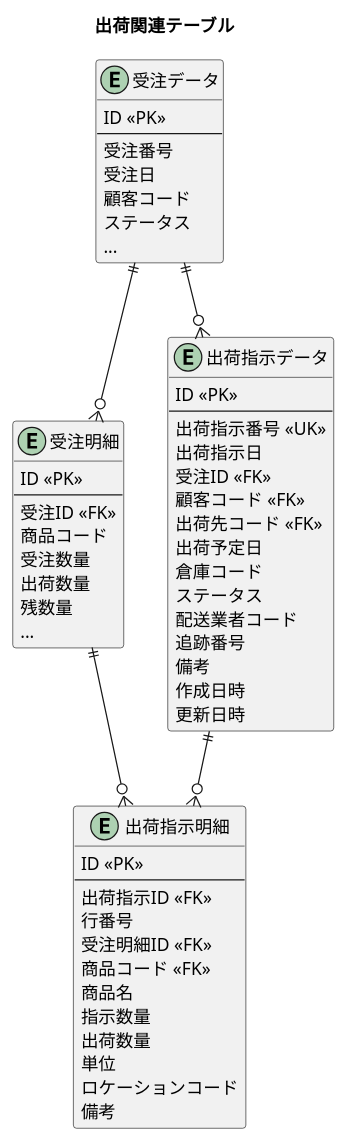
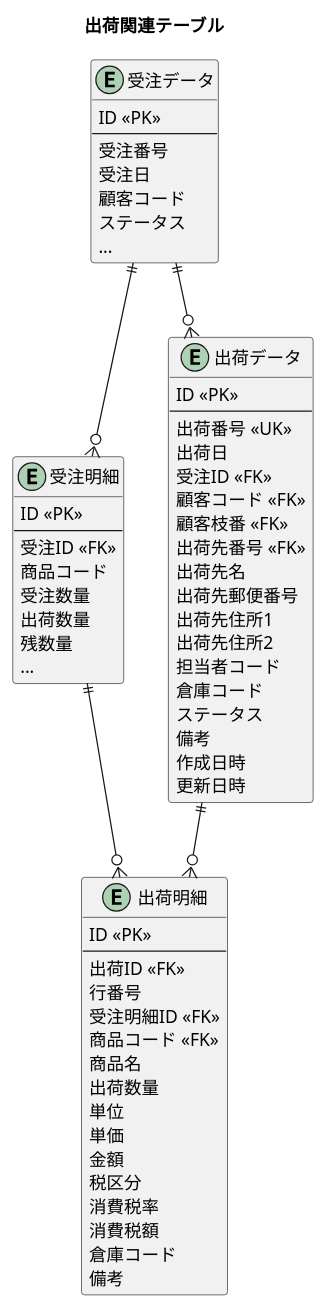
One commit to k2works/practical-database-design changed the sixth of 12 diagrams in docs/article/part2/chapter06.md. Above: the diagram before and after it, drawn with PlantUML. The commit also changed other lines of this file, not shown here.

````diff
--- a/docs/article/part2/chapter06.md
+++ b/docs/article/part2/chapter06.md
@@ -980,66 +993,73 @@
 ```plantuml
 @startuml
 
 title 出荷関連テーブル
 
 entity 受注データ {
   ID <<PK>>
   --
   受注番号
   受注日
   顧客コード
   ステータス
   ...
 }
 
 entity 受注明細 {
   ID <<PK>>
   --
   受注ID <<FK>>
   商品コード
   受注数量
   出荷数量
   残数量
   ...
 }
 
-entity 出荷指示データ {
+entity 出荷データ {
   ID <<PK>>
   --
-  出荷指示番号 <<UK>>
-  出荷指示日
+  出荷番号 <<UK>>
+  出荷日
   受注ID <<FK>>
   顧客コード <<FK>>
-  出荷先コード <<FK>>
-  出荷予定日
+  顧客枝番 <<FK>>
+  出荷先番号 <<FK>>
+  出荷先名
+  出荷先郵便番号
+  出荷先住所1
+  出荷先住所2
+  担当者コード
   倉庫コード
   ステータス
-  配送業者コード
-  追跡番号
   備考
   作成日時
   更新日時
 }
 
-entity 出荷指示明細 {
+entity 出荷明細 {
   ID <<PK>>
   --
-  出荷指示ID <<FK>>
+  出荷ID <<FK>>
   行番号
   受注明細ID <<FK>>
   商品コード <<FK>>
   商品名
-  指示数量
   出荷数量
   単位
-  ロケーションコード
+  単価
+  金額
+  税区分
+  消費税率
+  消費税額
+  倉庫コード
   備考
 }
 
 受注データ ||--o{ 受注明細
-受注データ ||--o{ 出荷指示データ
-出荷指示データ ||--o{ 出荷指示明細
-受注明細 ||--o{ 出荷指示明細
+受注データ ||--o{ 出荷データ
+出荷データ ||--o{ 出荷明細
+受注明細 ||--o{ 出荷明細
 
 @enduml
 ```
````
